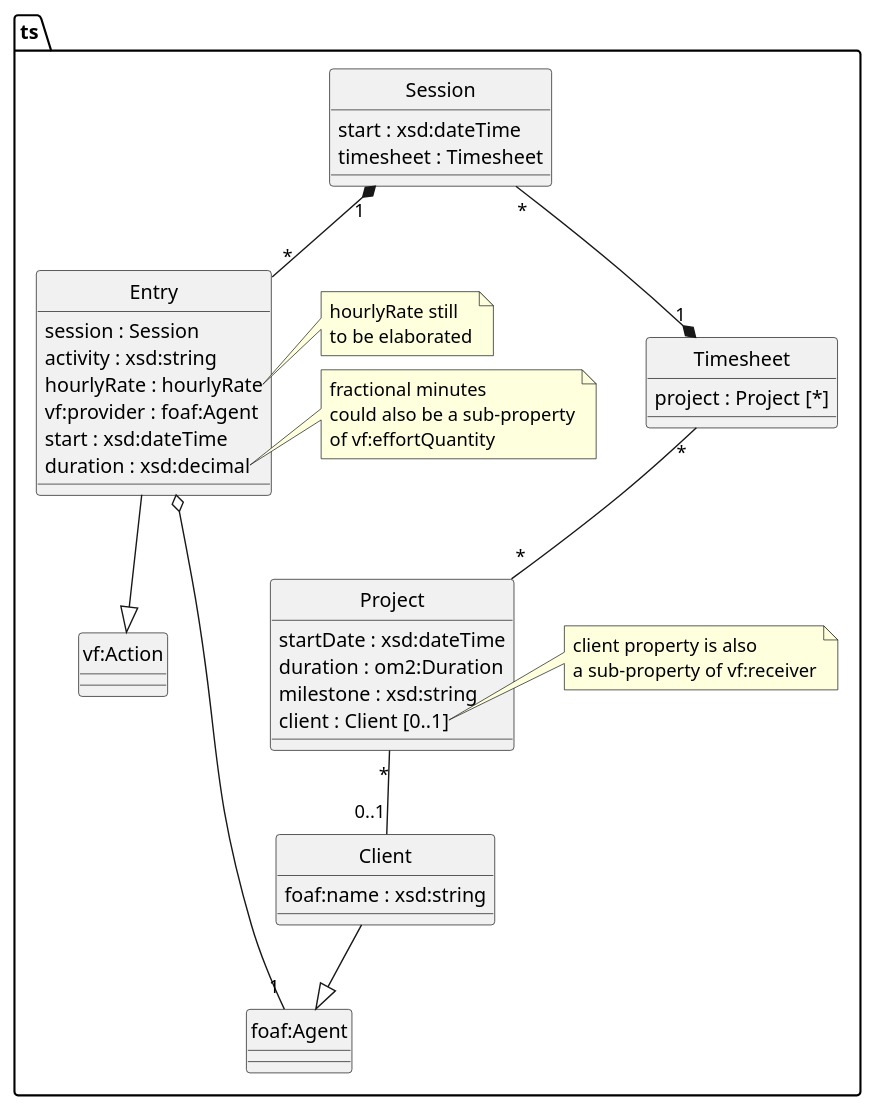
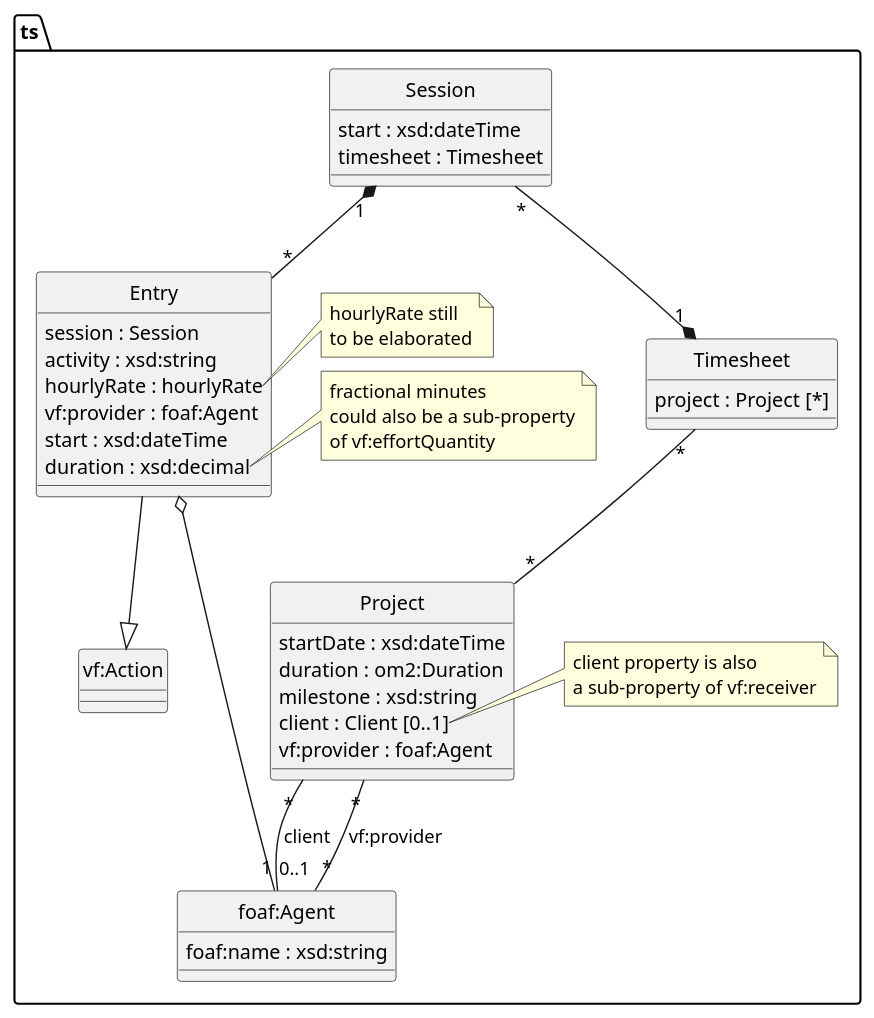
One commit to m-ld/timeld changed the diagram in architecture/data-model/class-data-model.puml. Above: the diagram before and after it, drawn with PlantUML. The commit also changed 19 other files, not shown here.

```diff
--- a/architecture/data-model/class-data-model.puml
+++ b/architecture/data-model/class-data-model.puml
@@ -1,68 +1,67 @@
 @startuml
 'https://plantuml.com/class-diagram
 
 hide circle
 
 package ts {
     class Timesheet {
         project : Project [*]
     }
 
     class Session {
         start : xsd:dateTime
         timesheet : Timesheet
     }
 
     Session "1" *-- "*" Entry
 
     class Entry {
         session : Session
         activity : xsd:string
         hourlyRate : hourlyRate
         vf:provider : foaf:Agent
         start : xsd:dateTime
         duration : xsd:decimal
     }
 
     note right of Entry::hourlyRate
         hourlyRate still
         to be elaborated
     end note
 
     note right of Entry::duration
         fractional minutes
         could also be a sub-property
         of vf:effortQuantity
     end note
 
     Entry --|> "vf:Action"
 
     Entry o-- "1" "foaf:Agent"
 
     Session "*" --* "1" Timesheet
 
     class Project {
         startDate : xsd:dateTime
         duration : om2:Duration
         milestone : xsd:string
         client : Client [0..1]
+        vf:provider : foaf:Agent
     }
 
     Timesheet "*" -- "*" Project
 
-    class Client {
+    class foaf:Agent {
         foaf:name : xsd:string
     }
 
-    Project "*" -- "0..1" Client
+    Project "*" -- "0..1" "foaf:Agent": client
+    Project "*" -- "*" "foaf:Agent": vf:provider
 
     note right of Project::client
     client property is also
     a sub-property of vf:receiver
     end note
-
-    Client --|> "foaf:Agent"
-
 }
 
 @enduml
```
